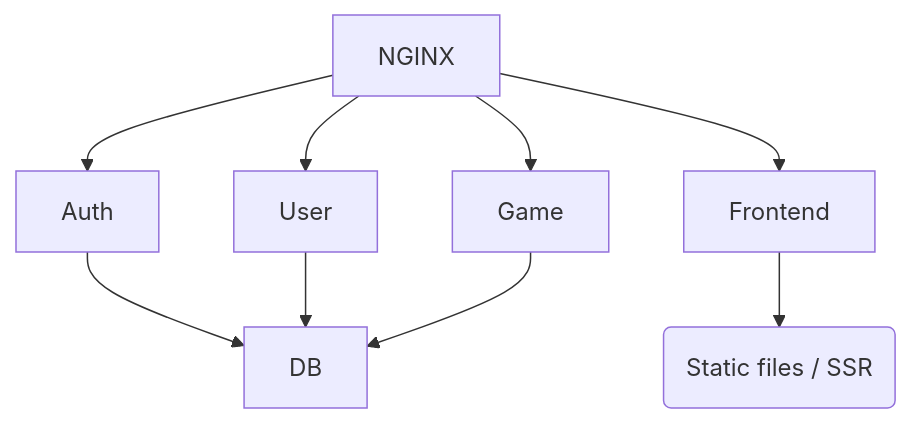
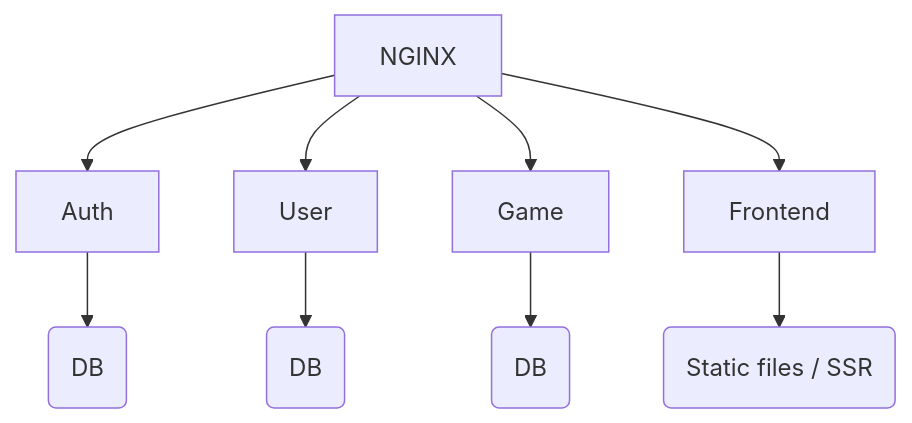
Before and after one commit to ccg-v/ft_transcendence: the diagram in docs/00_MODULE_SELECTION _+_MICROSERVICES_BREAKDOWN.md, drawn with Mermaid.

Commit message:
Testing documentation graphs

````diff
--- a/docs/00_MODULE_SELECTION _+_MICROSERVICES_BREAKDOWN.md
+++ b/docs/00_MODULE_SELECTION _+_MICROSERVICES_BREAKDOWN.md
@@ -20,7 +20,7 @@
 ```mermaid
 graph TD;
-    NGINX-->Auth-->DB;
-    NGINX-->User-->DB;
-   	NGINX-->Game-->DB;
-    NGINX-->Frontend-->A("Static files / SSR");
+    NGINX-->Auth-->A("DB");
+    NGINX-->User-->B("DB");
+   	NGINX-->Game-->C("DB");
+    NGINX-->Frontend-->D("Static files / SSR");
 ```
````
